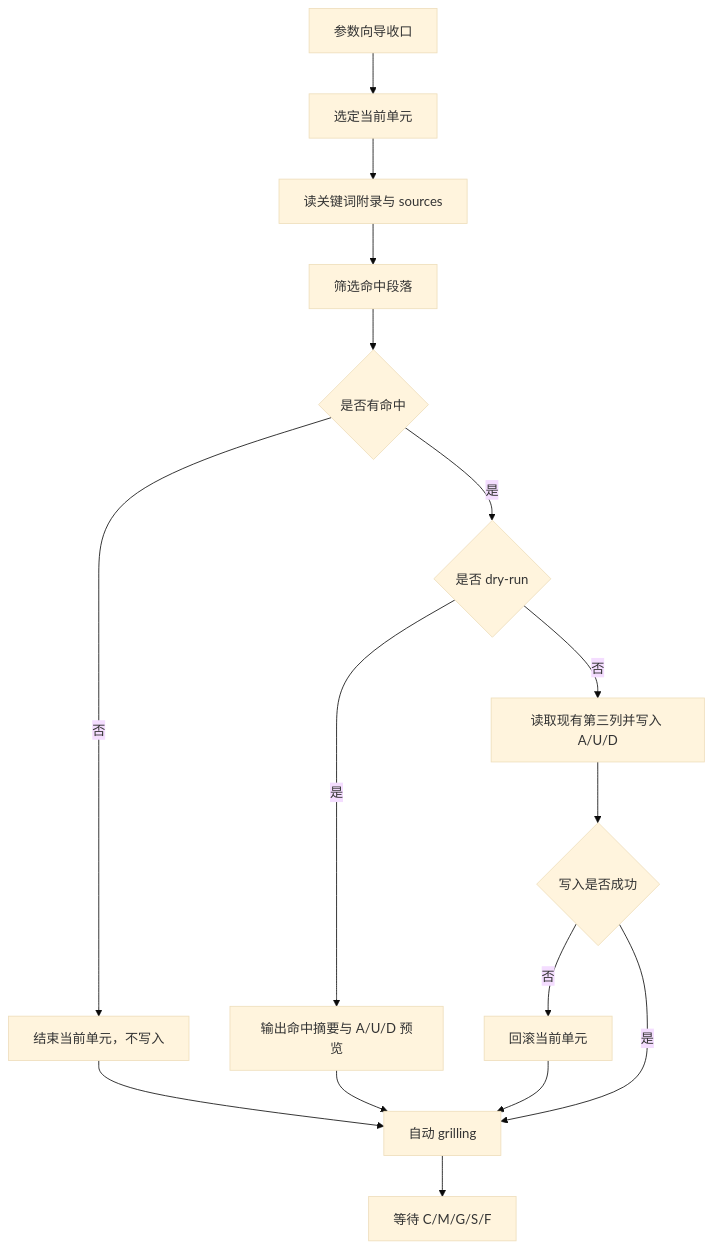
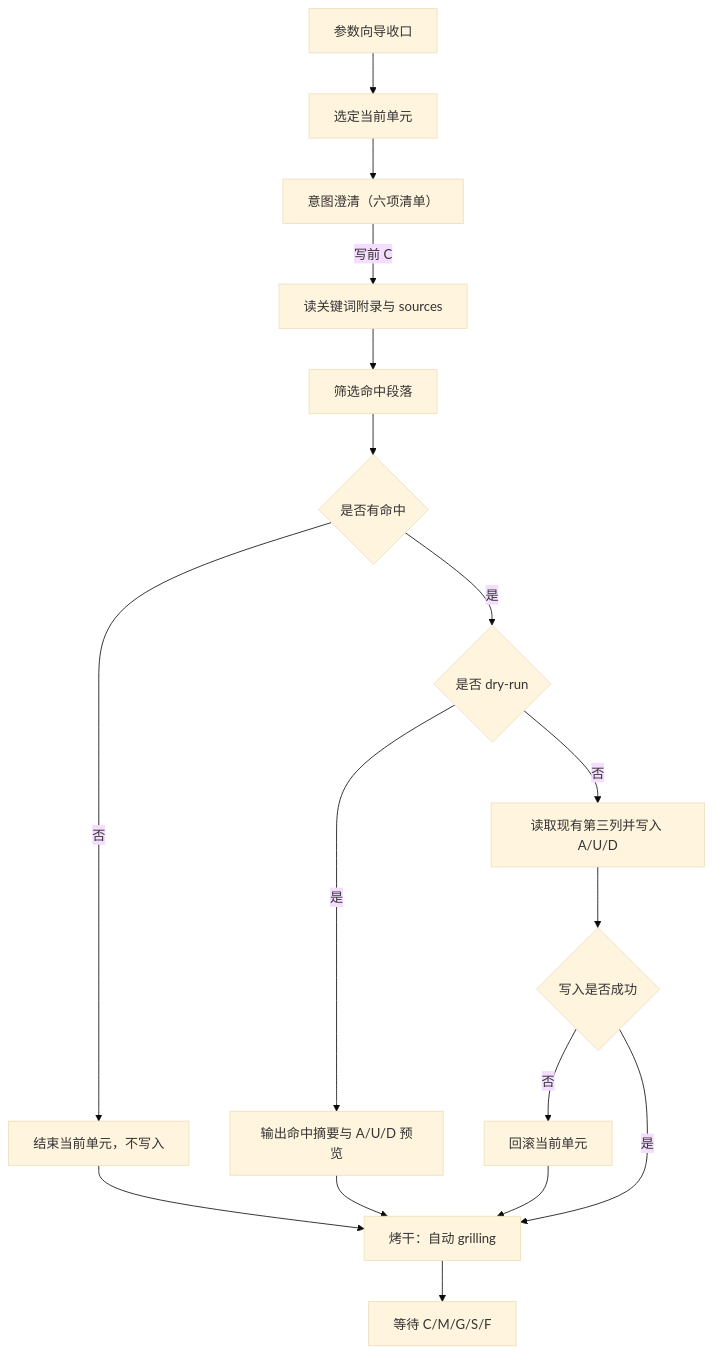
One commit to oleewen/ai-knowledge changed the diagram in agent/skills/docs-extract/references/workflow.md. Above: the diagram before and after it, drawn with Mermaid (base theme). The commit also changed other lines of this file and 115 other files, not shown here.

````diff
--- a/agent/skills/docs-extract/references/workflow.md
+++ b/agent/skills/docs-extract/references/workflow.md
@@ -52,18 +65,19 @@
 ```mermaid
 flowchart TD
     A["参数向导收口"] --> B["选定当前单元"]
-    B --> C["读关键词附录与 sources"]
+    B --> IC["意图澄清（六项清单）"]
+    IC -->|写前 C| C["读关键词附录与 sources"]
     C --> D["筛选命中段落"]
     D --> E{"是否有命中"}
     E -->|否| F["结束当前单元，不写入"]
     E -->|是| G{"是否 dry-run"}
     G -->|是| H["输出命中摘要与 A/U/D 预览"]
     G -->|否| I["读取现有第三列并写入 A/U/D"]
     I --> J{"写入是否成功"}
     J -->|否| K["回滚当前单元"]
-    J -->|是| L["自动 grilling"]
+    J -->|是| L["烤干：自动 grilling"]
     H --> L
     F --> L
     K --> L
     L --> M["等待 C/M/G/S/F"]
 ```
````
